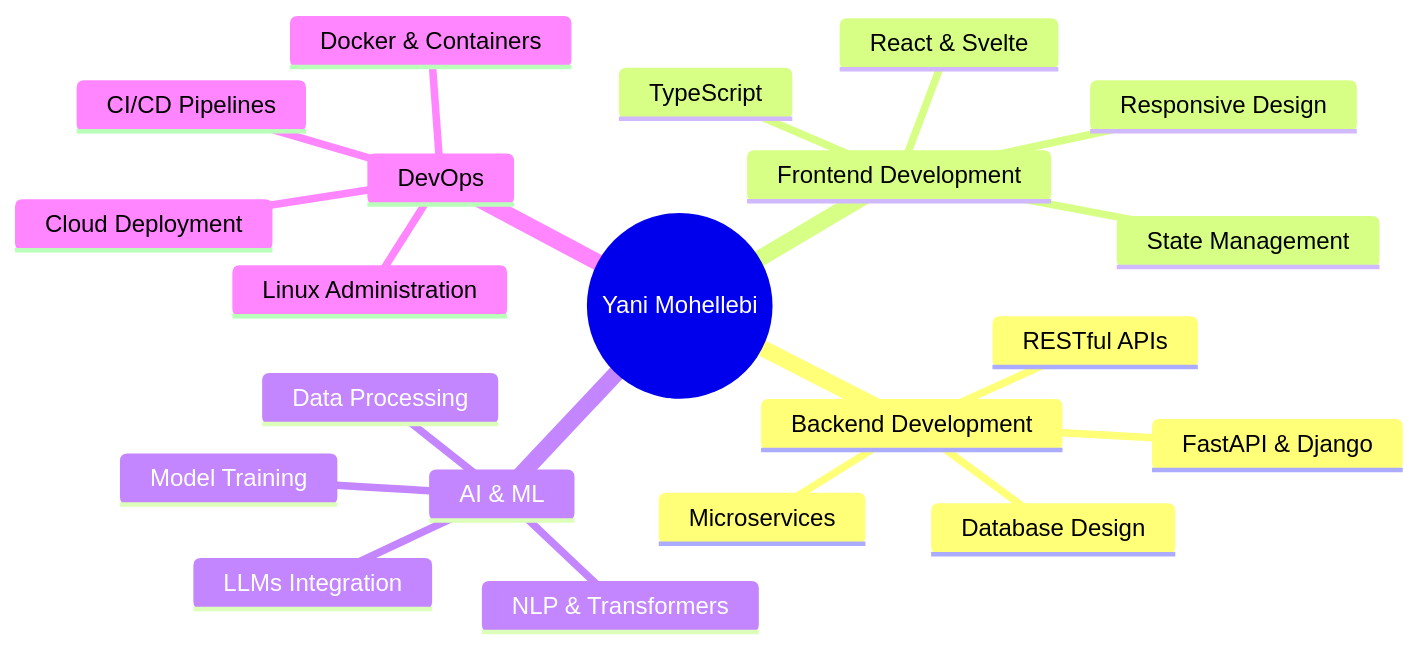
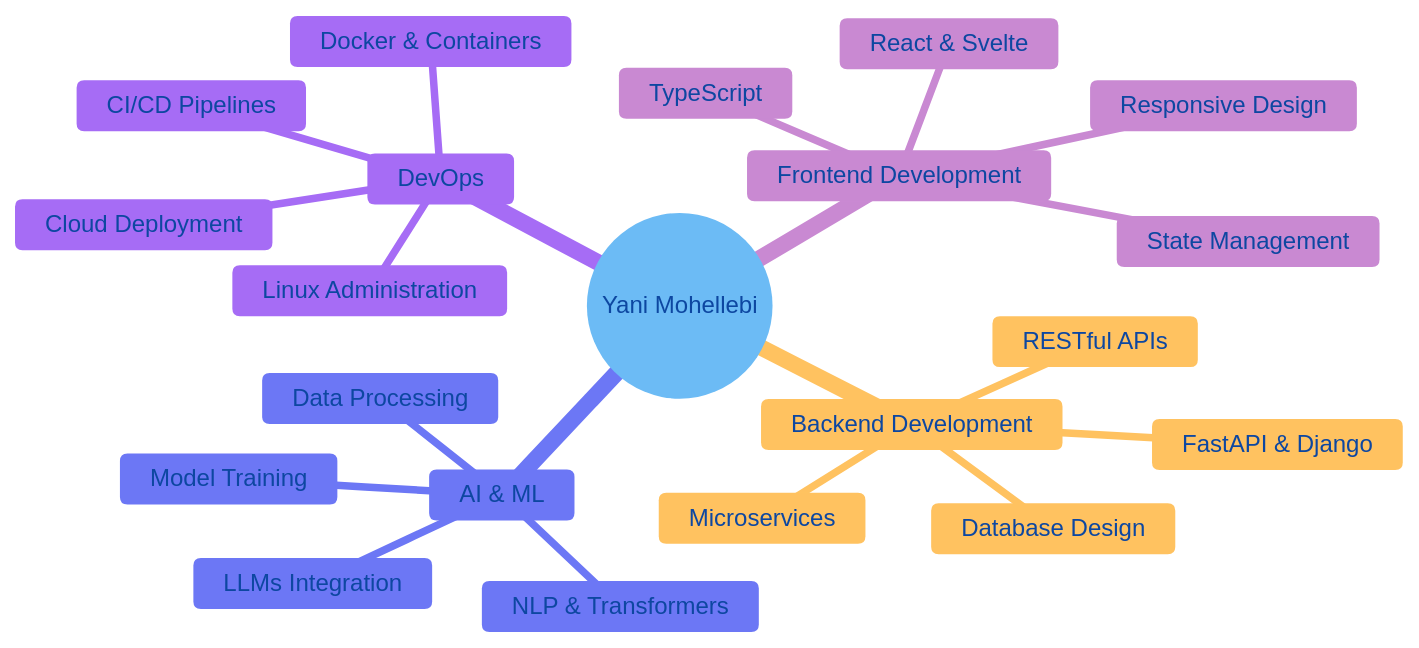
Before and after one commit to yanimohellebi26/yanimohellebi26: the diagram in README.md, drawn with Mermaid.

Commit message:
Fix mindmap colors for better readability with light theme

````diff
--- a/README.md
+++ b/README.md
@@ -101,24 +101,25 @@
 ```mermaid
+%%{init: {'theme':'base', 'themeVariables': { 'primaryColor':'#e3f2fd','primaryTextColor':'#0d47a1','primaryBorderColor':'#2196f3','lineColor':'#42a5f5','secondaryColor':'#fff3e0','tertiaryColor':'#f3e5f5','secondaryTextColor':'#e65100','tertiaryTextColor':'#6a1b9a','secondaryBorderColor':'#ff9800','tertiaryBorderColor':'#9c27b0'}}}%%
 mindmap
   root((Yani Mohellebi))
     Backend Development
       FastAPI & Django
       RESTful APIs
       Microservices
       Database Design
     Frontend Development
       React & Svelte
       TypeScript
       Responsive Design
       State Management
     AI & ML
       NLP & Transformers
       LLMs Integration
       Model Training
       Data Processing
     DevOps
       Docker & Containers
       CI/CD Pipelines
       Linux Administration
       Cloud Deployment
 ```
````
